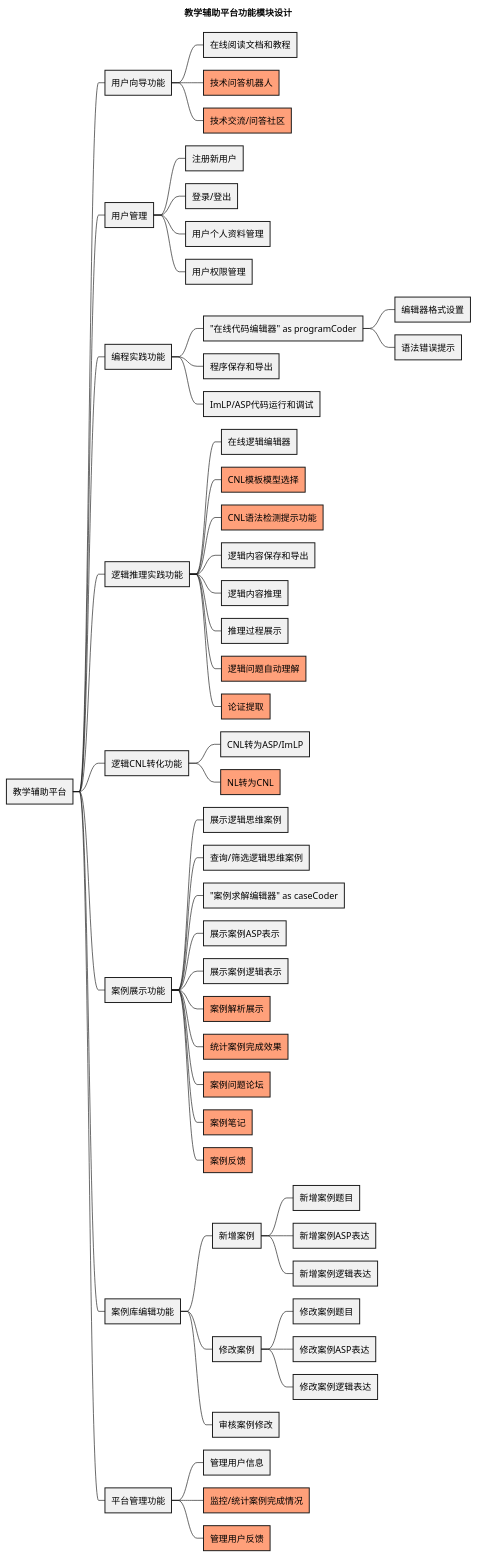
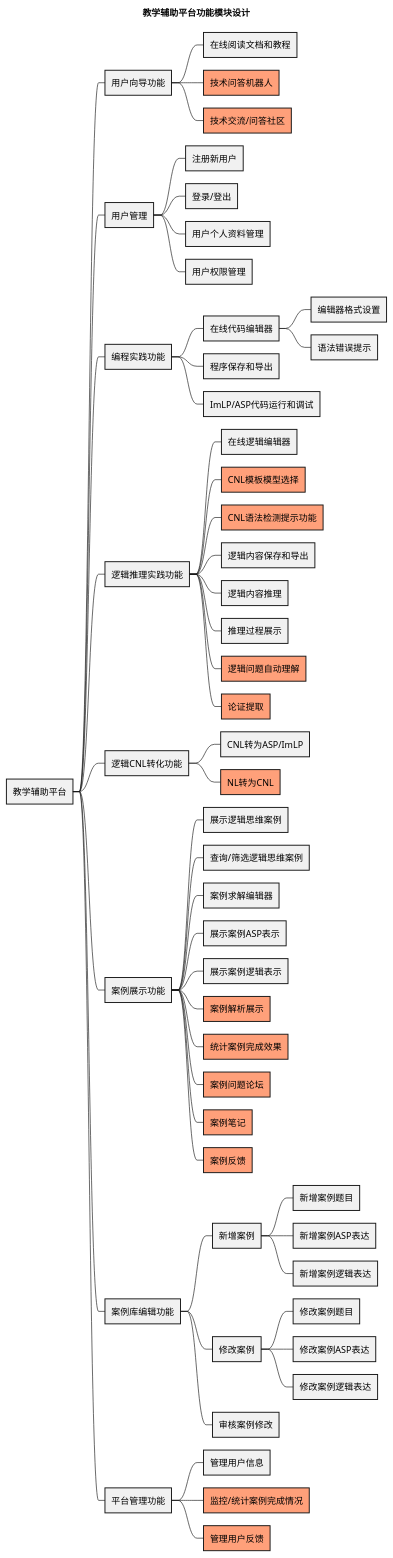
One commit to reaLJR/Logical-thinking-and-programming changed the third of 3 diagrams in platform-design/design-docs/my-software-design.wsd. Above: the diagram before and after it, drawn with PlantUML. The commit also changed other lines of this file and 1 other file, not shown here.

```diff
--- a/platform-design/design-docs/my-software-design.wsd
+++ b/platform-design/design-docs/my-software-design.wsd
@@ -176,117 +176,117 @@
 @startmindmap 功能模块设计（横向）
 title "教学辅助平台功能模块设计"
 
 ' skinparam linetype ortho
 skinparam linetype ortho
 
 
 
 ' 提供教学辅助平台，展示逻辑思维案例，提供编辑界面，程序提交、保存、运行
 ' 设计和实现符合逻辑思维编程语言：友好易于使用，体现不同逻辑思维模式
 ' 学生使用受控自然语言（CNL），系统将其转化成ASP等逻辑语言并运行得到答案
 ' 建立逻辑思维案例库，训练学生逻辑思维，设计算法将其自动转为逻辑程序
 ' 逻辑问题自动理解和求解（机器阅读）， 构建不同思维模式算法模型
 
 ' 构建教研平台，实现如下功能:
 ' 1、基于 ASP、ImLP语言的问题定义提交和运行测试、调试
 ' 2、基于 ImLP/ASP 的定义、演绎、溯因、归纳等思维模式的构建和友好编程界面，以及说明(需要定义 ASP/ImLP的更贴近自然的逻辑的语言的语言，需要花大量时间)
 ' 3、调研并进行案例库建设:思维游戏、考公逻辑推理题目、医学逻辑题目、法律逻辑题目、SAT题目、……，给出原题、分类标签、结果、求解的思维过程、大模型测试结果、增删改查、可视化
 ' 4、学生自建案例的增删改查
 
 <style>
 node {
     RoundCorner 0
 }
 
 </style>
 
 + 教学辅助平台
 ++ 用户向导功能
 +++ 在线阅读文档和教程
 +++[#LightSalmon] 技术问答机器人
 +++[#LightSalmon] 技术交流/问答社区
 
 ++ 用户管理
 +++ 注册新用户
 +++ 登录/登出
 +++ 用户个人资料管理
 +++ 用户权限管理
 
 ++ 编程实践功能
-+++ "在线代码编辑器" as programCoder
++++ 在线代码编辑器
 ++++ 编辑器格式设置
 ++++ 语法错误提示
 +++ 程序保存和导出
 +++ ImLP/ASP代码运行和调试
 
 
 ++ 逻辑推理实践功能
 +++ 在线逻辑编辑器
 +++[#LightSalmon] CNL模板模型选择
 +++[#LightSalmon] CNL语法检测提示功能
 +++ 逻辑内容保存和导出
 +++ 逻辑内容推理
 +++ 推理过程展示
 +++[#LightSalmon] 逻辑问题自动理解
 +++[#LightSalmon] 论证提取
 
 ++ 逻辑CNL转化功能
 +++ CNL转为ASP/ImLP
 +++[#LightSalmon] NL转为CNL
 
 ++ 案例展示功能
 +++ 展示逻辑思维案例
 +++ 查询/筛选逻辑思维案例
-+++ "案例求解编辑器" as caseCoder
++++ 案例求解编辑器
 +++ 展示案例ASP表示
 +++ 展示案例逻辑表示
 +++[#LightSalmon] 案例解析展示
 +++[#LightSalmon] 统计案例完成效果
 +++[#LightSalmon] 案例问题论坛
 +++[#LightSalmon] 案例笔记
 +++[#LightSalmon] 案例反馈
 
 ++ 案例库编辑功能
 +++ 新增案例
 ++++ 新增案例题目
 ++++ 新增案例ASP表达
 ++++ 新增案例逻辑表达
 +++ 修改案例
 ++++ 修改案例题目
 ++++ 修改案例ASP表达
 ++++ 修改案例逻辑表达
 +++ 审核案例修改
 
 ++ 平台管理功能
 +++ 管理用户信息
 +++[#LightSalmon] 监控/统计案例完成情况
 +++[#LightSalmon] 管理用户反馈
 
 ' caseCoder -> programCoder
 
 ' ++ 课程管理
 ' +++ 创建新课程
 ' +++ 编辑和更新课程信息
 ' +++ 课程分类和标签
 ' +++ 课程搜索和过滤
 ' +++ 课程评价和评论
 
 ' ++ 学习资源管理
 ' +++ 上传和共享学习资料
 ' +++ 下载和保存学习资料
 ' +++ 在线阅读文档和教程
 ' +++ 视频教程和演示
 
 ' ++ 社区互动功能
 ' +++ 讨论论坛和社交平台
 ' +++ 用户间私信和通知
 ' +++ 问答功能和知识共享
 ' +++ 点赞和收藏功能
 
 ' ++ 学习进度和成绩管理功能
 ' +++ 课程学习进度跟踪
 ' +++ 学习计划和提醒功能
 ' +++ 作业和考试成绩管理
 ' +++ 学习证书和徽章颁发
 
 @endmindmap
```
